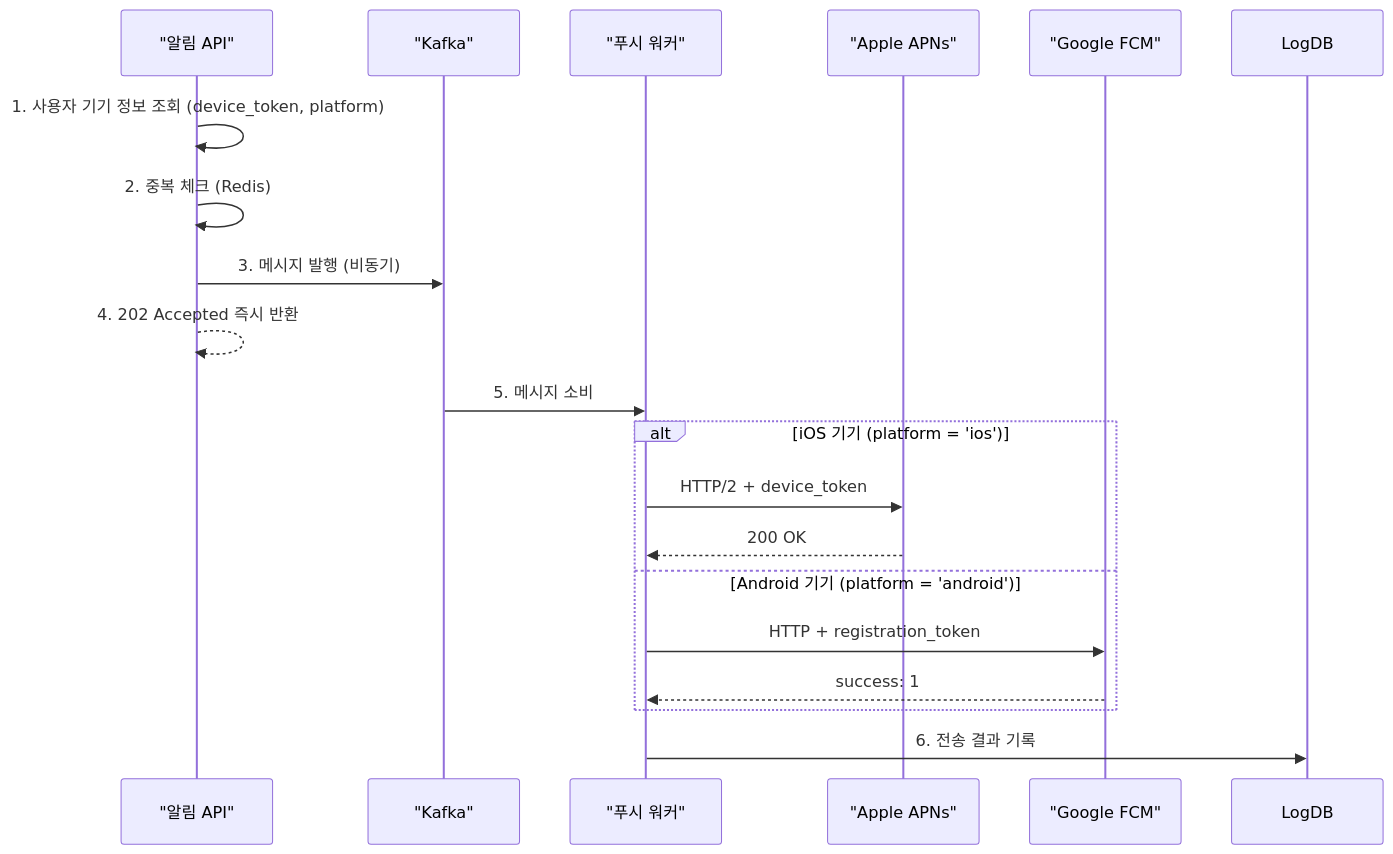
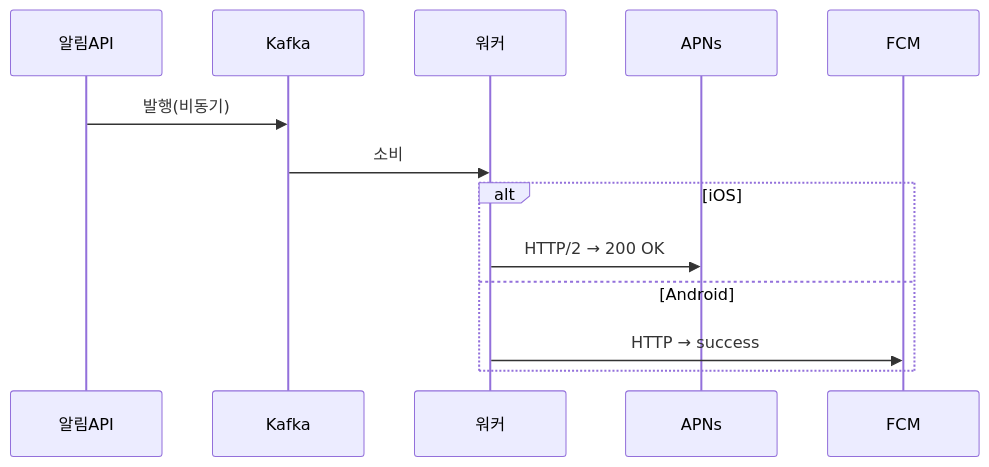
One commit to yjkim2015/yjkim2015.github.io changed the second of 6 diagrams in _posts/systemdesign/2026-05-02-system-design-notification.md. Above: the diagram before and after it, drawn with Mermaid. The commit also changed other lines of this file and 215 other files, not shown here.

First line of the commit message:
신규 포스트 10개 추가 + Mermaid 전면 축소 + SystemDesign 시리즈 보강

````diff
--- a/_posts/systemdesign/2026-05-02-system-design-notification.md
+++ b/_posts/systemdesign/2026-05-02-system-design-notification.md
@@ -90,23 +73,13 @@
 ```mermaid
 sequenceDiagram
-    participant API as "알림 API"
-    participant Kafka as "Kafka"
-    participant Worker as "푸시 워커"
-    participant APNs as "Apple APNs"
-    participant FCM as "Google FCM"
-
-    API->>API: 1. 사용자 기기 정보 조회 (device_token, platform)
-    API->>API: 2. 중복 체크 (Redis)
-    API->>Kafka: 3. 메시지 발행 (비동기)
-    API-->>API: 4. 202 Accepted 즉시 반환
-
-    Kafka->>Worker: 5. 메시지 소비
-    alt iOS 기기 (platform = 'ios')
-        Worker->>APNs: HTTP/2 + device_token
-        APNs-->>Worker: 200 OK
-    else Android 기기 (platform = 'android')
-        Worker->>FCM: HTTP + registration_token
-        FCM-->>Worker: success: 1
+    participant API as 알림API
+    participant K as Kafka
+    participant W as 워커
+    API->>K: 발행(비동기)
+    K->>W: 소비
+    alt iOS
+        W->>APNs: HTTP/2 → 200 OK
+    else Android
+        W->>FCM: HTTP → success
     end
-    Worker->>LogDB: 6. 전송 결과 기록
 ```
````
